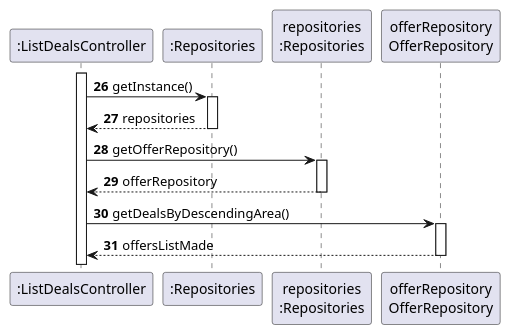
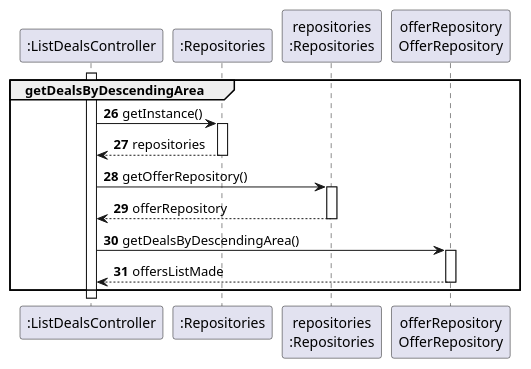
One commit to PureNimble/ISEP-LAPR2 changed the diagram in docs/sprintD/US017/03.design/puml/us17-sequence-diagram-partial-getDealsByDescendingArea.puml. Above: the diagram before and after it, drawn with PlantUML. The commit also changed 8 other files, not shown here.

Commit message:
US17-adding the method on Offer Repository to get the deals by most recent changing the names of the partial diagrams

```diff
--- a/docs/sprintD/US017/03.design/puml/us17-sequence-diagram-partial-getDealsByDescendingArea.puml
+++ b/docs/sprintD/US017/03.design/puml/us17-sequence-diagram-partial-getDealsByDescendingArea.puml
@@ -1,30 +1,34 @@
 @startuml
 
 participant ":ListDealsController" as ListDealsController
 participant ":Repositories" as RepositorySingleton
 participant "repositories\n:Repositories" as PLAT
 participant "offerRepository\nOfferRepository" as OfferRepository
 
 autonumber  26
+
+Group getDealsByDescendingArea
 
 activate ListDealsController
 
                 ListDealsController -> RepositorySingleton : getInstance()
                 activate RepositorySingleton
 
                     RepositorySingleton --> ListDealsController: repositories
                 deactivate RepositorySingleton
 
                 ListDealsController -> PLAT : getOfferRepository()
                 activate PLAT
 
                     PLAT --> ListDealsController: offerRepository
                 deactivate PLAT
 
                 ListDealsController -> OfferRepository : getDealsByDescendingArea()
                 activate OfferRepository
 
                     OfferRepository --> ListDealsController : offersListMade
                 deactivate OfferRepository
 
+end
+
 @enduml
```
